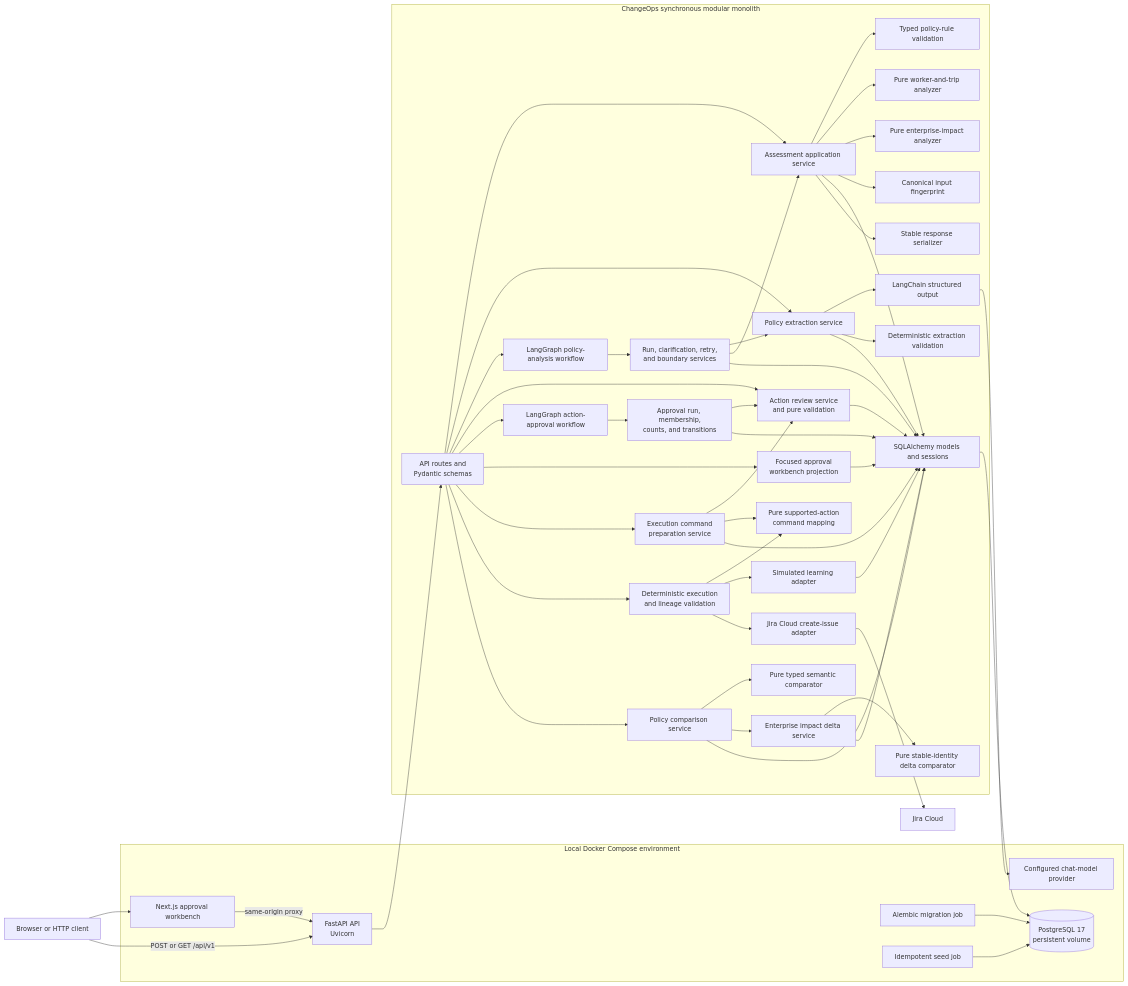
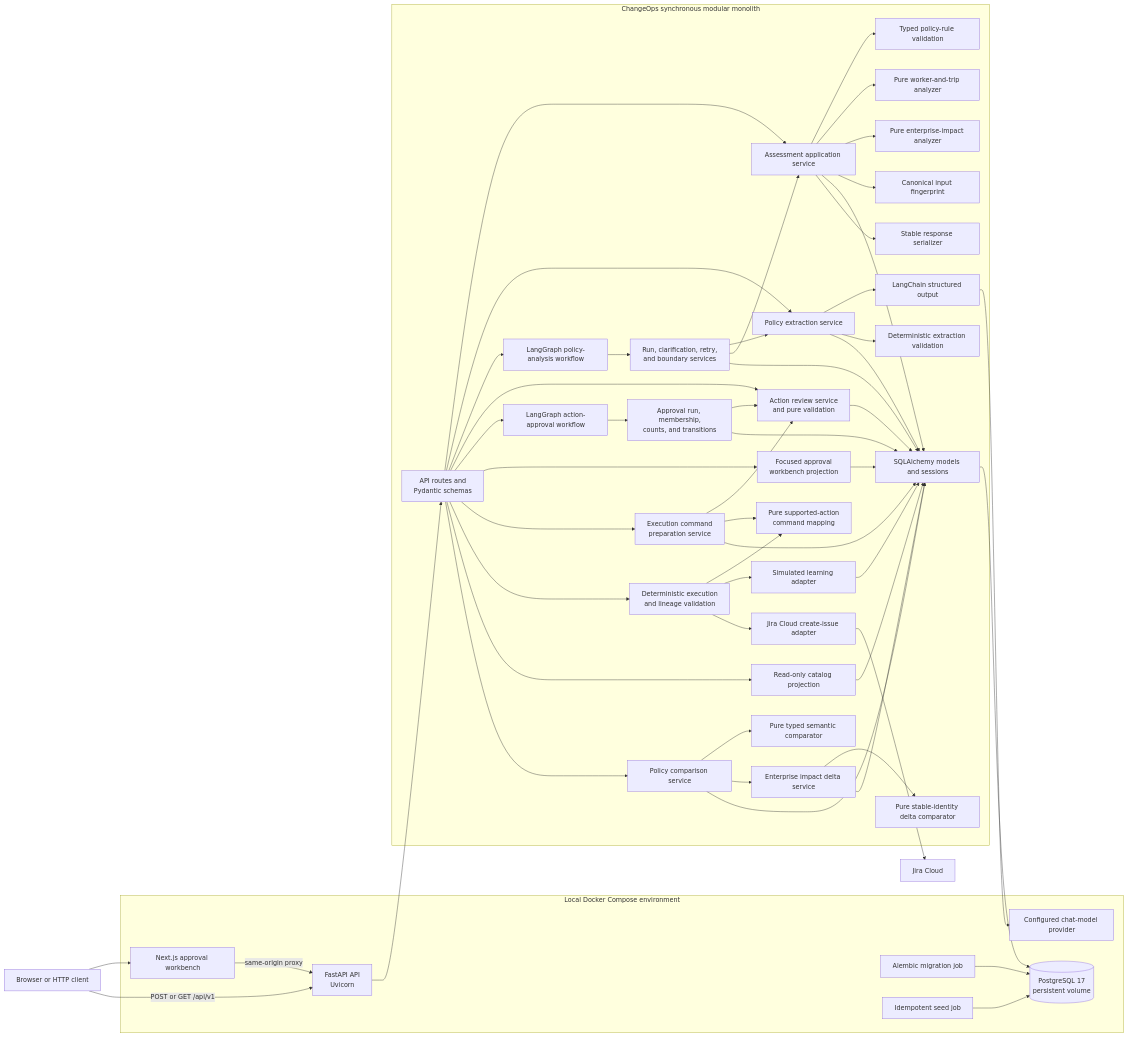
One commit to jaydreyer/ChangeOps changed the first of 5 diagrams in docs/architecture.md. Above: the diagram before and after it, drawn with Mermaid. The commit also changed other lines of this file and 26 other files, not shown here.

```diff
--- a/docs/architecture.md
+++ b/docs/architecture.md
@@ -48,6 +49,7 @@
         Comparator["Pure typed semantic comparator"]
         ImpactDelta["Enterprise impact delta service"]
         DeltaComparator["Pure stable-identity delta comparator"]
+        CatalogProjection["Read-only catalog projection"]
         ORM["SQLAlchemy models and sessions"]
     end
 
@@ -85,6 +87,7 @@
     CommandPreparation --> CommandMapping
     CommandPreparation --> ORM
     Routes --> ExecutionService
+    Routes --> CatalogProjection
     Routes --> Comparison
     Comparison --> Comparator
     Comparison --> ImpactDelta
@@ -96,6 +99,7 @@
     ExecutionService --> JiraAdapter
     LearningAdapter --> ORM
     JiraAdapter --> JiraCloud["Jira Cloud"]
+    CatalogProjection --> ORM
     ORM --> DB
     Migrate --> DB
     Seed --> DB
```
